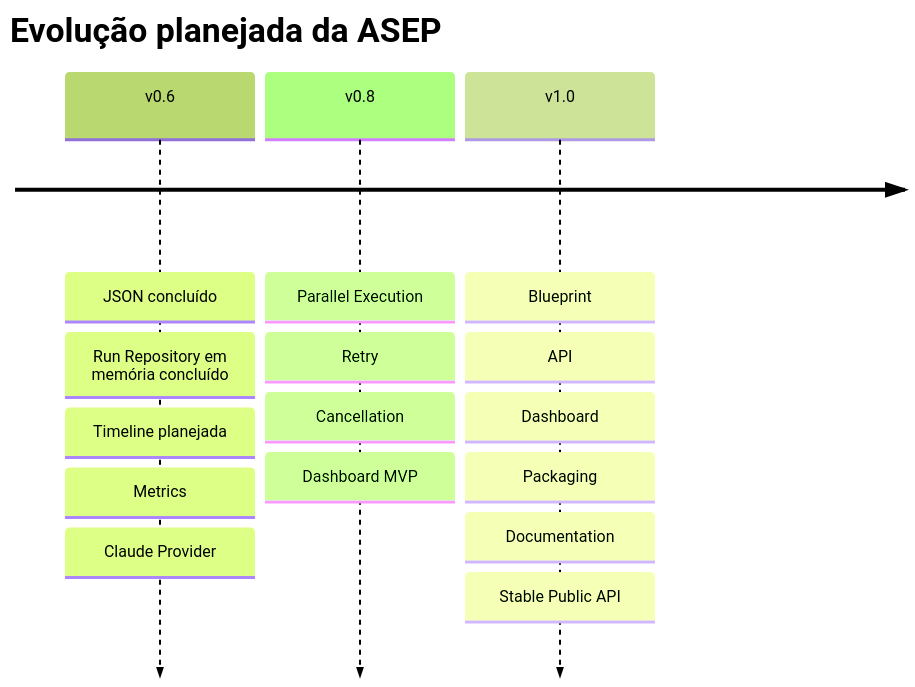
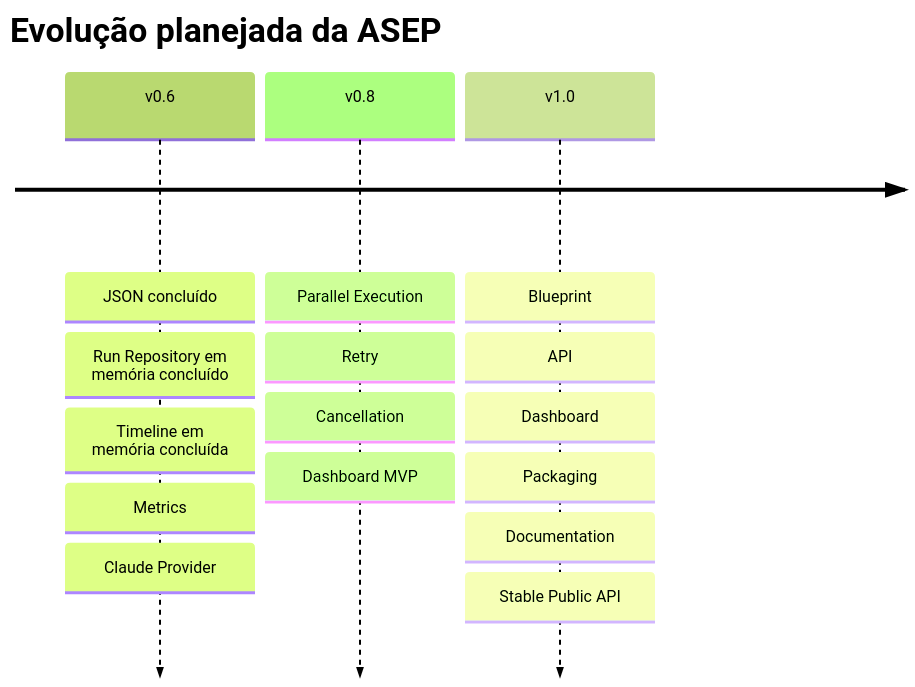
The diagram in docs/architecture/Roadmap.md (paul-92/fabrica-de-software), drawn with Mermaid (forest theme) before and after one commit. The commit also changed other lines of this file and 12 other files, not shown here.

Commit message:
feat: add execution timeline and in-memory event storage

````diff
--- a/docs/architecture/Roadmap.md
+++ b/docs/architecture/Roadmap.md
@@ -8,19 +8,19 @@
 ```mermaid
 timeline
     title Evolução planejada da ASEP
     v0.6 : JSON concluído
          : Run Repository em memória concluído
-         : Timeline planejada
+         : Timeline em memória concluída
          : Metrics
          : Claude Provider
     v0.8 : Parallel Execution
          : Retry
          : Cancellation
          : Dashboard MVP
     v1.0 : Blueprint
          : API
          : Dashboard
          : Packaging
          : Documentation
          : Stable Public API
 ```
````
